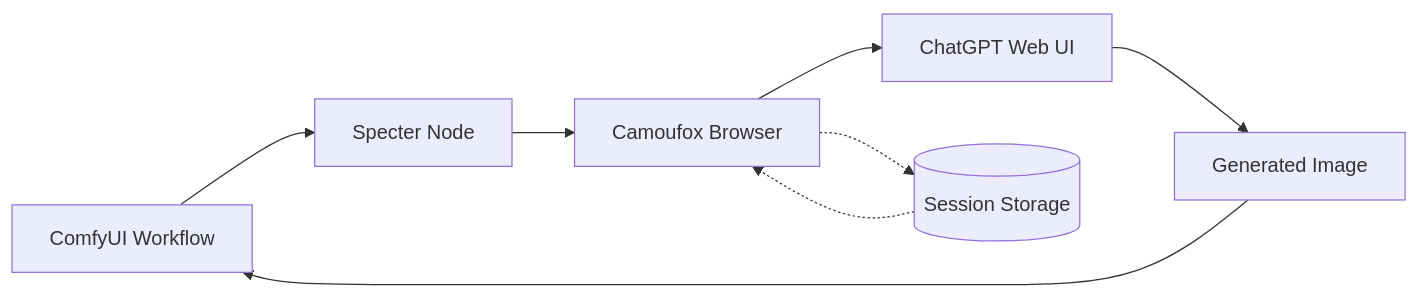
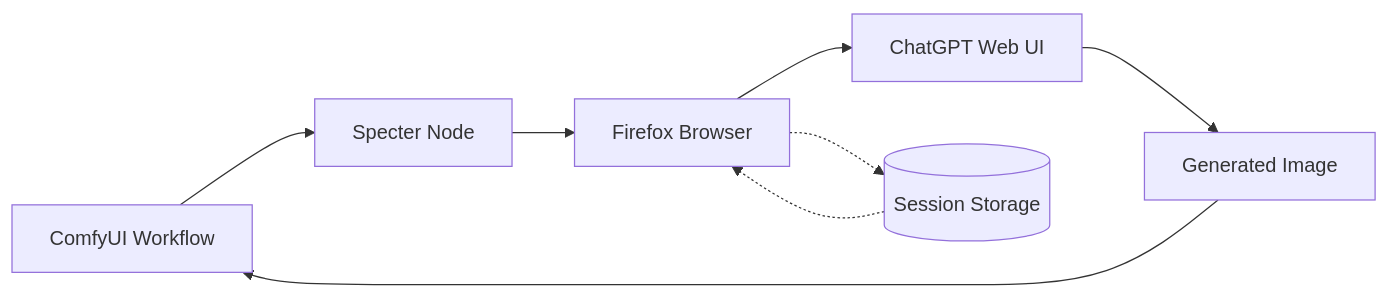
Before and after one commit to lars-hagen/ComfyUI-Specter: the diagram in README.md, drawn with Mermaid. The commit also changed other lines of this file and 10 other files, not shown here.

````diff
--- a/README.md
+++ b/README.md
@@ -17,11 +17,11 @@
 ```mermaid
 flowchart LR
     A[ComfyUI Workflow] --> B[Specter Node]
-    B --> C[Camoufox Browser]
+    B --> C[Firefox Browser]
     C --> D[ChatGPT Web UI]
     D --> E[Generated Image]
     E --> A
 
     C -.-> F[(Session Storage)]
     F -.-> C
 ```
````
